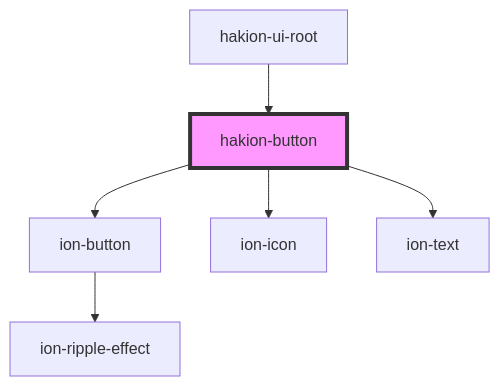
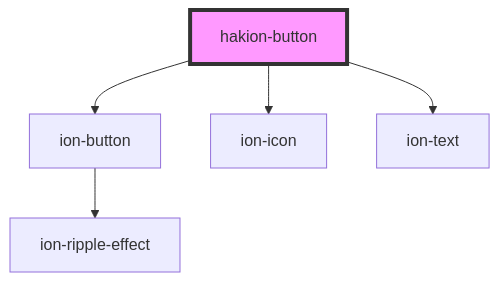
One commit to Hakkei-Co/nub-ui changed the diagram in src/components/hakion-button/readme.md. Above: the diagram before and after it, drawn with Mermaid. The commit also changed other lines of this file and 66 other files, not shown here.

````diff
--- a/src/components/hakion-button/readme.md
+++ b/src/components/hakion-button/readme.md
@@ -61,9 +70,8 @@
 ```mermaid
 graph TD;
   hakion-button --> ion-button
   hakion-button --> ion-icon
   hakion-button --> ion-text
   ion-button --> ion-ripple-effect
-  hakion-ui-root --> hakion-button
   style hakion-button fill:#f9f,stroke:#333,stroke-width:4px
 ```
````
